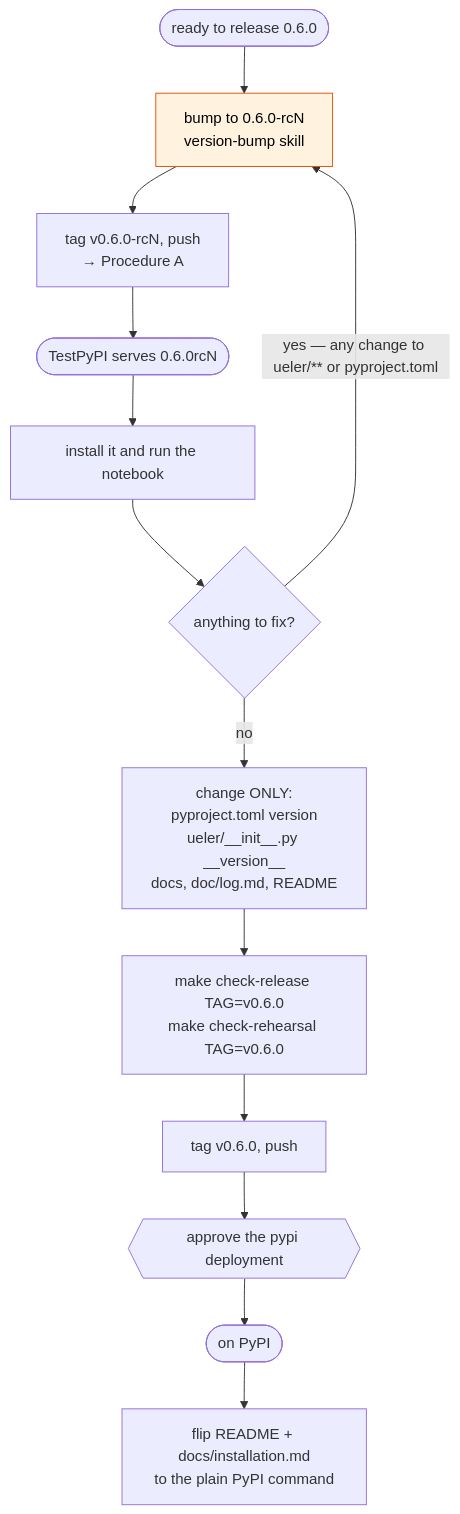
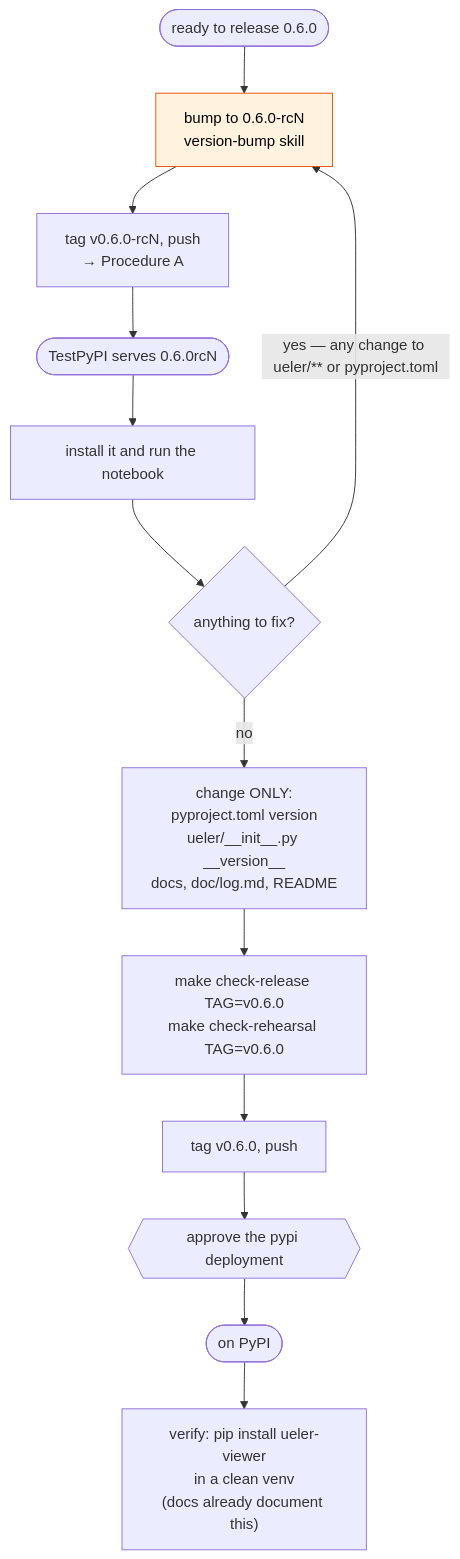
Before and after one commit to HartmannLab/UELer: the second of 2 diagrams in dev_note/release_procedure.md, drawn with Mermaid. The commit also changed other lines of this file and 3 other files, not shown here.

````diff
--- a/dev_note/release_procedure.md
+++ b/dev_note/release_procedure.md
@@ -103,20 +103,20 @@
 ```mermaid
 flowchart TD
     start(["ready to release 0.6.0"]) --> rc["bump to 0.6.0-rcN<br/>version-bump skill"]
     rc --> tagrc["tag v0.6.0-rcN, push<br/>→ Procedure A"]
     tagrc --> onindex(["TestPyPI serves 0.6.0rcN"])
     onindex --> try["install it and run the notebook"]
     try --> ok{"anything to fix?"}
 
     ok -->|"yes — any change to ueler/** or pyproject.toml"| rc
     ok -->|no| promote["change ONLY:<br/>pyproject.toml version<br/>ueler/__init__.py __version__<br/>docs, doc/log.md, README"]
 
     promote --> dry["make check-release TAG=v0.6.0<br/>make check-rehearsal TAG=v0.6.0"]
     dry --> tagstable["tag v0.6.0, push"]
     tagstable --> approve{{"approve the pypi deployment"}}
     approve --> pub(["on PyPI"])
-    pub --> docs["flip README + docs/installation.md<br/>to the plain PyPI command"]
+    pub --> docs["verify: pip install ueler-viewer<br/>in a clean venv<br/>(docs already document this)"]
 
     classDef loop fill:#fff3e0,stroke:#e65100,color:#000
     class rc loop
 ```
````
